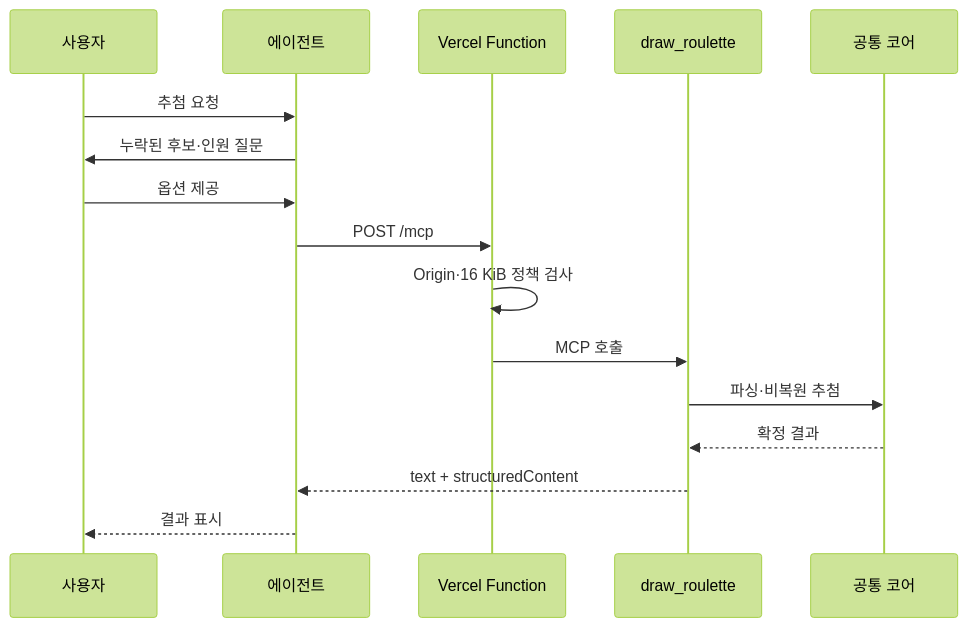
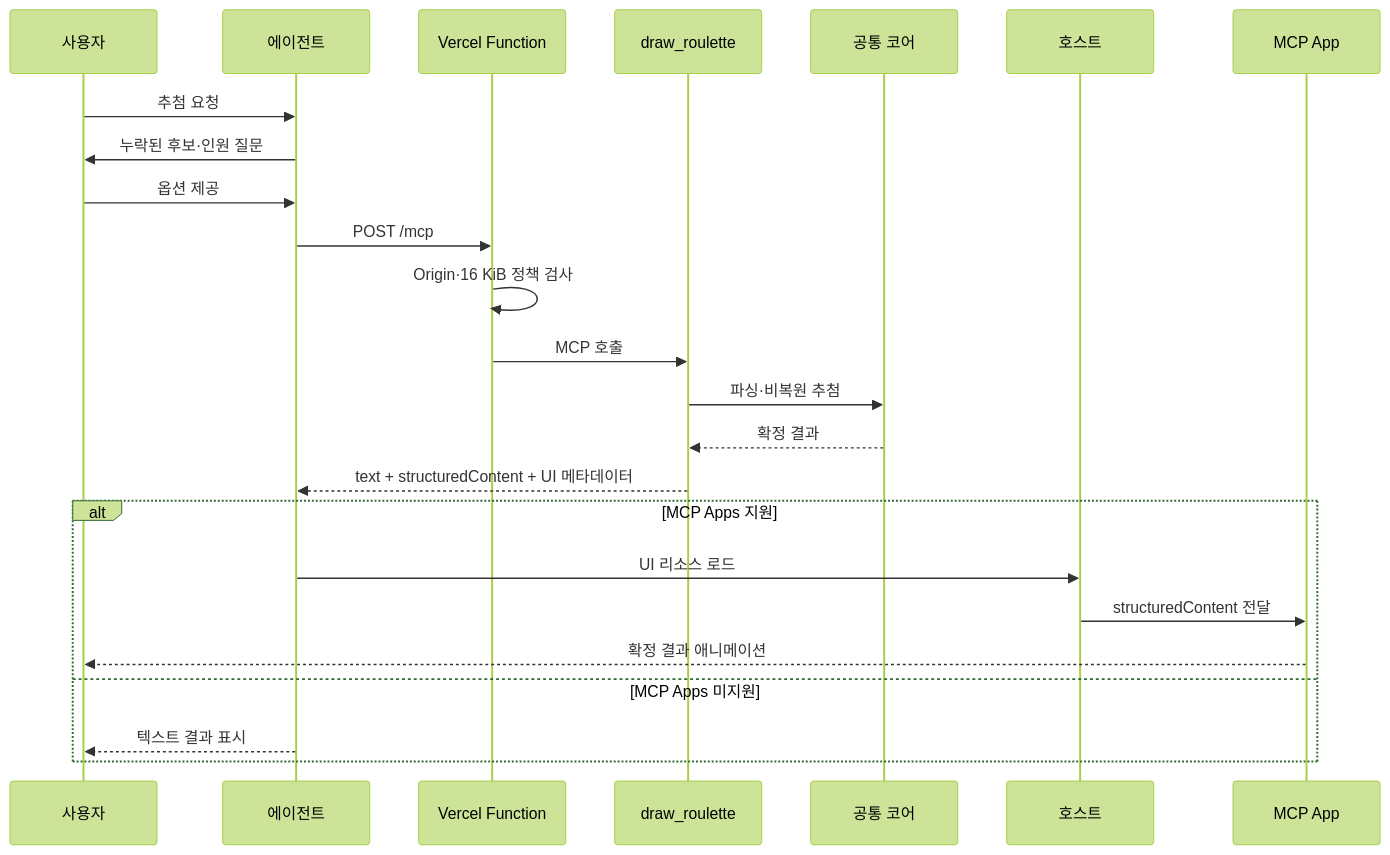
One commit to tinywolf/roulette changed the second of 2 diagrams in docs/architecture.md. Above: the diagram before and after it, drawn with Mermaid (forest theme). The commit also changed other lines of this file and 25 other files, not shown here.

Commit message:
MCP Apps 룰렛 애니메이션을 원격 추첨 결과에 연동

````diff
--- a/docs/architecture.md
+++ b/docs/architecture.md
@@ -104,19 +113,27 @@
 ```mermaid
 sequenceDiagram
     participant U as 사용자
     participant A as 에이전트
     participant F as Vercel Function
     participant M as draw_roulette
     participant C as 공통 코어
+    participant H as 호스트
+    participant UI as MCP App
 
     U->>A: 추첨 요청
     A->>U: 누락된 후보·인원 질문
     U->>A: 옵션 제공
     A->>F: POST /mcp
     F->>F: Origin·16 KiB 정책 검사
     F->>M: MCP 호출
     M->>C: 파싱·비복원 추첨
     C-->>M: 확정 결과
-    M-->>A: text + structuredContent
-    A-->>U: 결과 표시
+    M-->>A: text + structuredContent + UI 메타데이터
+    alt MCP Apps 지원
+        A->>H: UI 리소스 로드
+        H->>UI: structuredContent 전달
+        UI-->>U: 확정 결과 애니메이션
+    else MCP Apps 미지원
+        A-->>U: 텍스트 결과 표시
+    end
 ```
````
